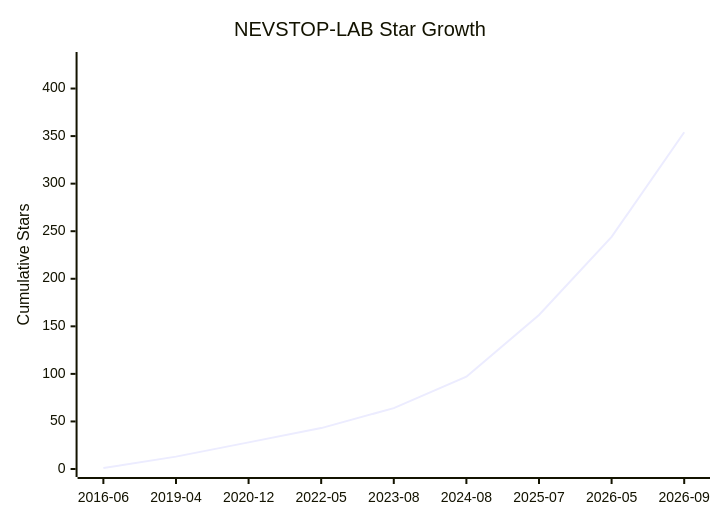
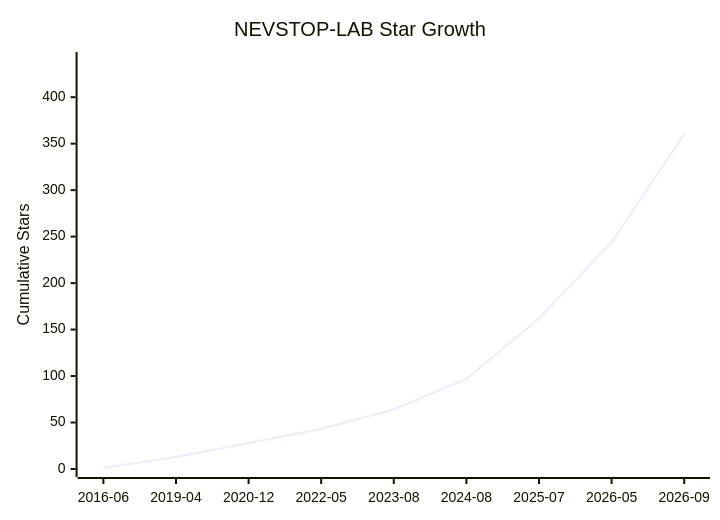
The diagram in Star-History.md (NEVSTOP-LAB/.github), drawn with Mermaid before and after one commit. The commit also changed other lines of this file and 2 other files, not shown here.

````diff
--- a/Star-History.md
+++ b/Star-History.md
@@ -8,7 +8,7 @@
 ```mermaid
 xychart-beta
     title "NEVSTOP-LAB Star Growth"
     x-axis ["2016-06", "2019-04", "2020-12", "2022-05", "2023-08", "2024-08", "2025-07", "2026-05", "2026-09"]
-    y-axis "Cumulative Stars" 0 --> 430
-    line [1, 13, 28, 43, 64, 97, 162, 244, 354]
+    y-axis "Cumulative Stars" 0 --> 440
+    line [1, 13, 28, 43, 64, 97, 162, 244, 360]
 ```
````
